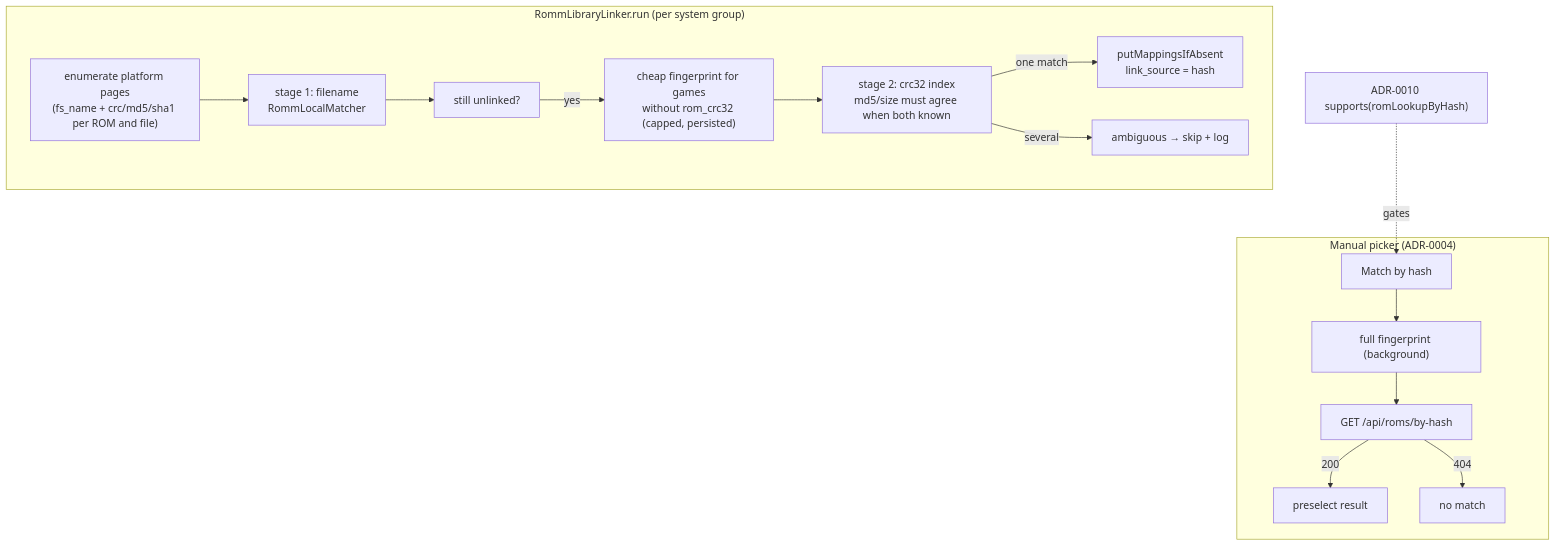
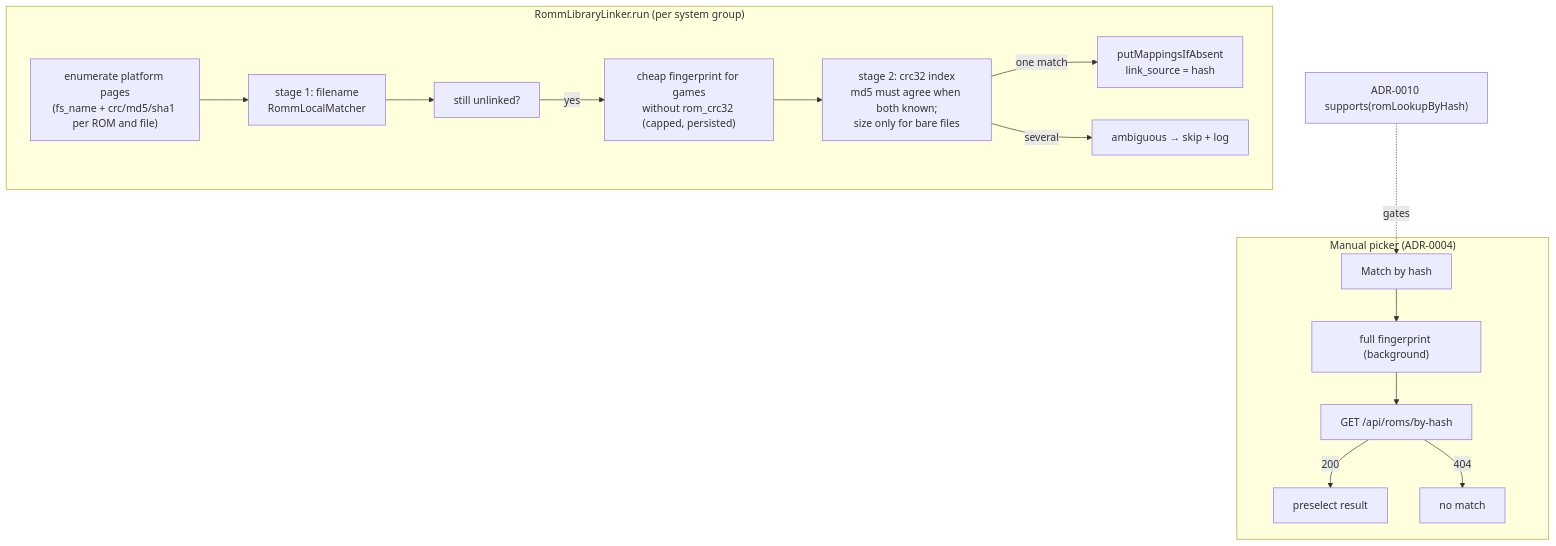
One commit to jonstump/neostation-frontend changed the diagram in sdd/adrs/ADR-0011-link-local-roms-to-romm-by-hash.md. Above: the diagram before and after it, drawn with Mermaid. The commit also changed other lines of this file and 10 other files, not shown here.

````diff
--- a/sdd/adrs/ADR-0011-link-local-roms-to-romm-by-hash.md
+++ b/sdd/adrs/ADR-0011-link-local-roms-to-romm-by-hash.md
@@ -89,22 +89,22 @@
 ```mermaid
 flowchart TD
     subgraph pass["RommLibraryLinker.run (per system group)"]
         E["enumerate platform pages<br/>(fs_name + crc/md5/sha1 per ROM and file)"]
         F["stage 1: filename<br/>RommLocalMatcher"]
         U["still unlinked?"]
         C["cheap fingerprint for games<br/>without rom_crc32 (capped, persisted)"]
-        H["stage 2: crc32 index<br/>md5/size must agree when both known"]
+        H["stage 2: crc32 index<br/>md5 must agree when both known;<br/>size only for bare files"]
         A["ambiguous → skip + log"]
         W["putMappingsIfAbsent<br/>link_source = hash"]
     end
     E --> F --> U
     U -- yes --> C --> H
     H -- one match --> W
     H -- several --> A
     subgraph picker["Manual picker (ADR-0004)"]
         M["Match by hash"] --> FP["full fingerprint (background)"] --> BH["GET /api/roms/by-hash"]
         BH -- 200 --> PS["preselect result"]
         BH -- 404 --> NM["no match"]
     end
     G["ADR-0010 supports(romLookupByHash)"] -. gates .-> M
 ```
````
